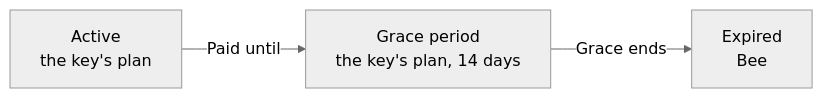
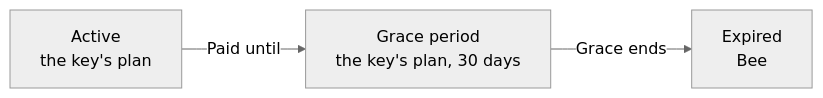
One commit to hivepaas/hivepaas-website changed the diagram in docs/docs/plans-and-licenses/grace-expiry-and-limits.md. Above: the diagram before and after it, drawn with Mermaid (neutral theme). The commit also changed other lines of this file and 4 other files, not shown here.

First line of the commit message:
Grace: a paid license key holds 30 days past its period, not 14

````diff
--- a/docs/docs/plans-and-licenses/grace-expiry-and-limits.md
+++ b/docs/docs/plans-and-licenses/grace-expiry-and-limits.md
@@ -15,5 +15,5 @@
 ```mermaid
 flowchart LR
-    active["Active<br/>the key's plan"] -->|"Paid until"| grace["Grace period<br/>the key's plan, 14 days"]
+    active["Active<br/>the key's plan"] -->|"Paid until"| grace["Grace period<br/>the key's plan, 30 days"]
     grace -->|"Grace ends"| expired["Expired<br/>Bee"]
 ```
````
